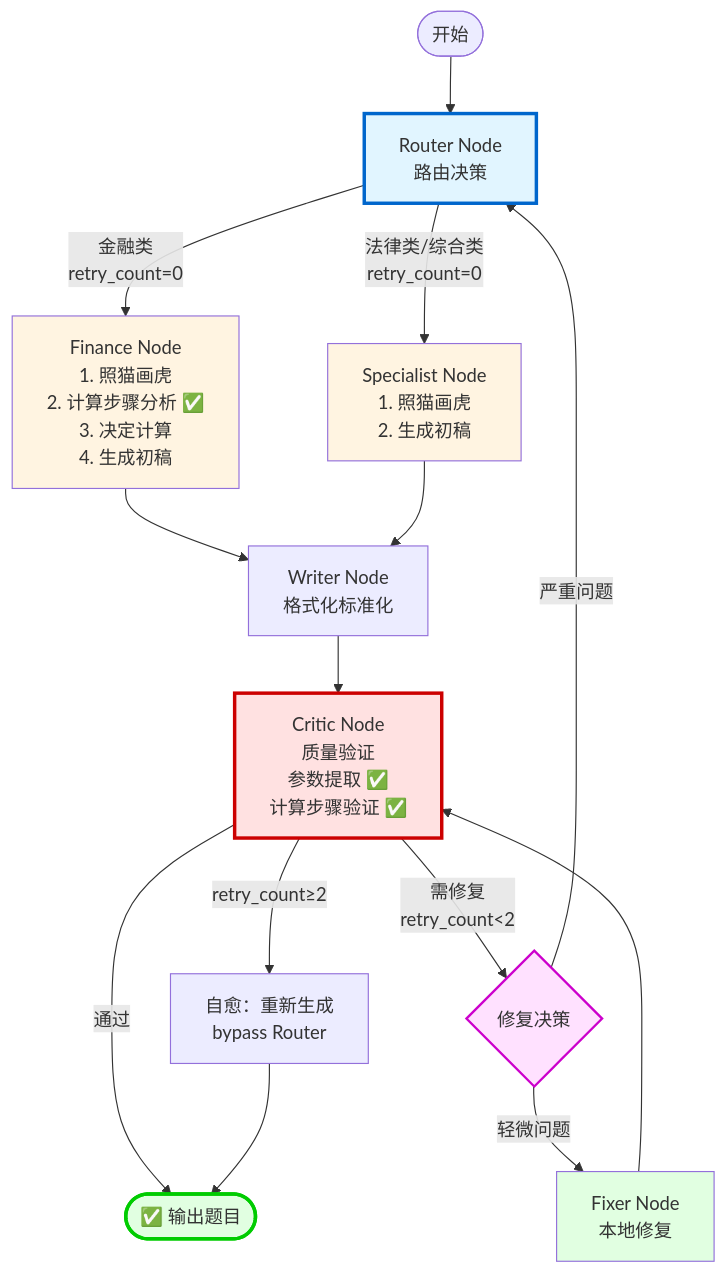
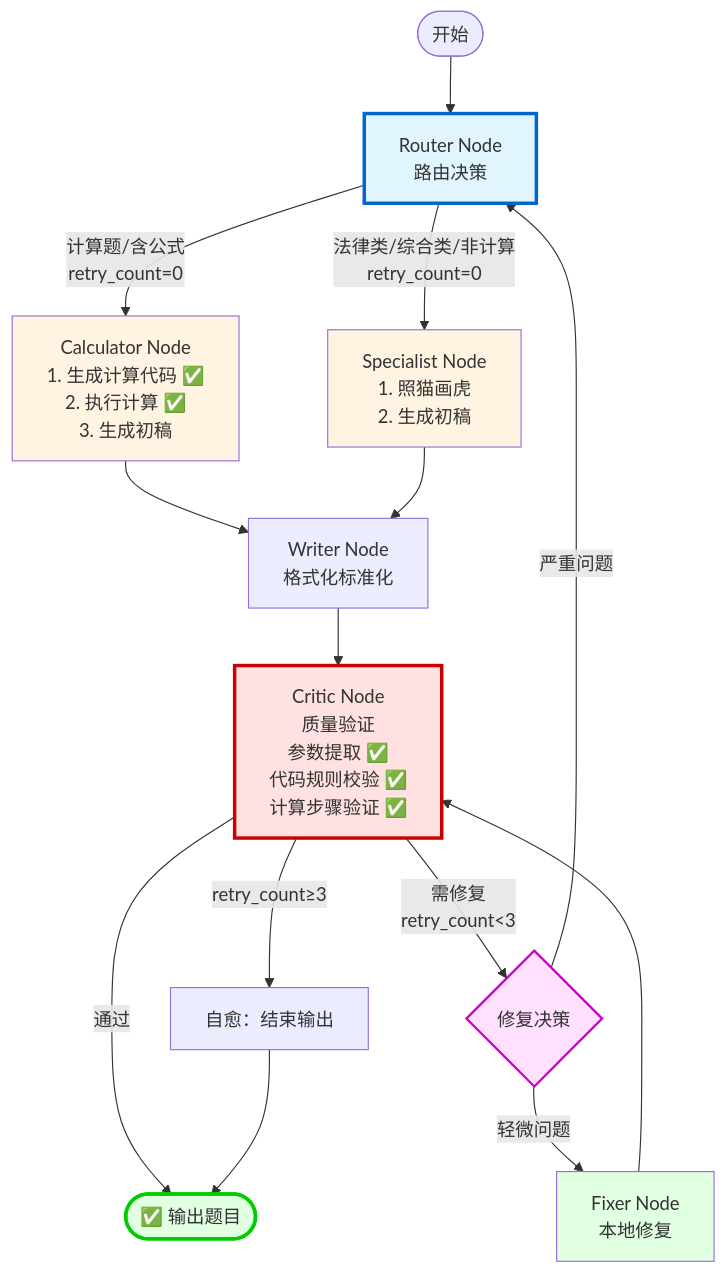
Before and after one commit to pt1995117/boxue-ai-exam-generator: the diagram in docs/流程图.md, drawn with Mermaid. The commit also changed other lines of this file and 20066 other files, not shown here.

````diff
--- a/docs/流程图.md
+++ b/docs/流程图.md
@@ -5,30 +5,30 @@
 ```mermaid
 graph TD
     Start([开始]) --> Router[Router Node<br/>路由决策]
     
-    Router -->|金融类<br/>retry_count=0| Finance[Finance Node<br/>1. 照猫画虎<br/>2. 计算步骤分析 ✅<br/>3. 决定计算<br/>4. 生成初稿]
-    Router -->|法律类/综合类<br/>retry_count=0| Specialist[Specialist Node<br/>1. 照猫画虎<br/>2. 生成初稿]
+    Router -->|计算题/含公式<br/>retry_count=0| Calculator[Calculator Node<br/>1. 生成计算代码 ✅<br/>2. 执行计算 ✅<br/>3. 生成初稿]
+    Router -->|法律类/综合类/非计算<br/>retry_count=0| Specialist[Specialist Node<br/>1. 照猫画虎<br/>2. 生成初稿]
     
-    Finance --> Writer[Writer Node<br/>格式化标准化]
+    Calculator --> Writer[Writer Node<br/>格式化标准化]
     Specialist --> Writer
     
-    Writer --> Critic[Critic Node<br/>质量验证<br/>参数提取 ✅<br/>计算步骤验证 ✅]
+    Writer --> Critic[Critic Node<br/>质量验证<br/>参数提取 ✅<br/>代码规则校验 ✅<br/>计算步骤验证 ✅]
     
     Critic -->|通过| End([✅ 输出题目])
-    Critic -->|需修复<br/>retry_count<2| Decision{修复决策}
-    Critic -->|retry_count≥2| SelfHeal[自愈：重新生成<br/>bypass Router]
+    Critic -->|需修复<br/>retry_count<3| Decision{修复决策}
+    Critic -->|retry_count≥3| SelfHeal[自愈：结束输出]
     
     Decision -->|轻微问题| Fixer[Fixer Node<br/>本地修复]
     Decision -->|严重问题| Router
     
     Fixer --> Critic
     SelfHeal --> End
     
     style Router fill:#e1f5ff,stroke:#0066cc,stroke-width:3px
-    style Finance fill:#fff4e1
+    style Calculator fill:#fff4e1
     style Specialist fill:#fff4e1
     style Critic fill:#ffe1e1,stroke:#cc0000,stroke-width:3px
     style Fixer fill:#e1ffe1
     style Decision fill:#ffe1ff,stroke:#cc00cc,stroke-width:2px
     style End fill:#e1ffe1,stroke:#00cc00,stroke-width:3px
 ```
````
